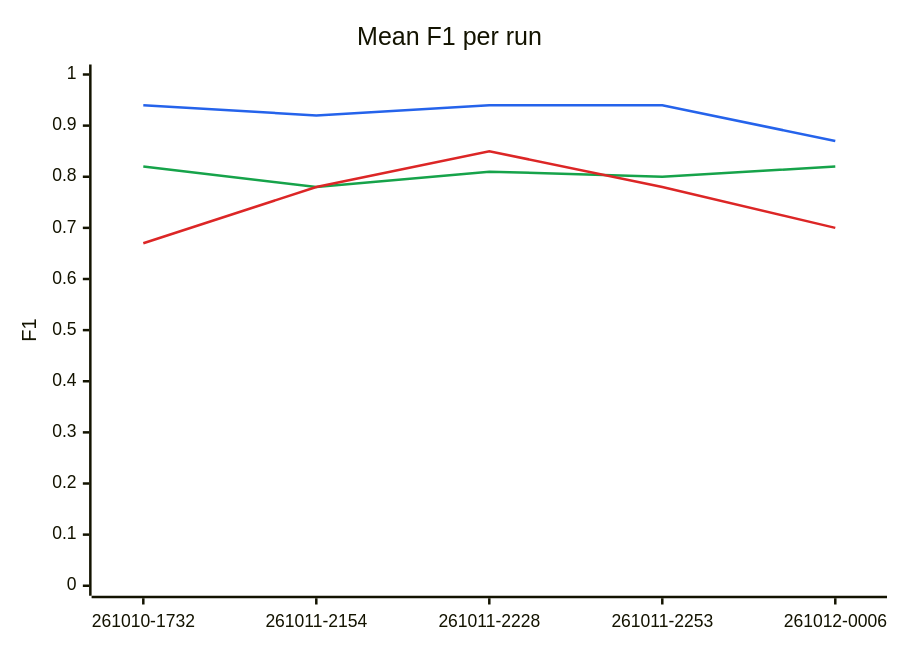
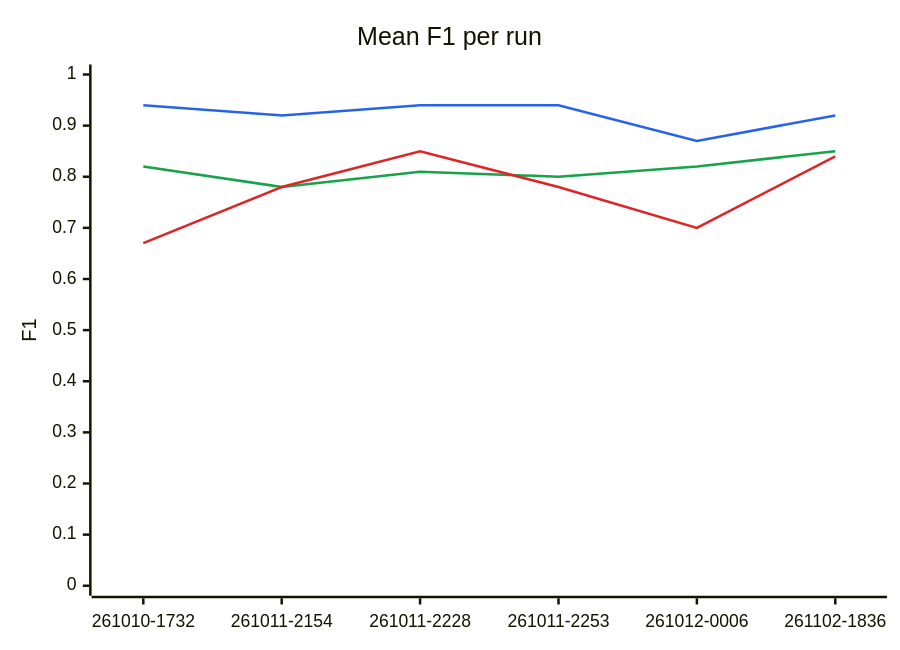
Before and after one commit to megagonlabs/blue-data-kb-source: the first of 2 diagrams in lib/tests/benchmarks/extraction/results/README.md, drawn with Mermaid. The commit also changed other lines of this file and 1 other file, not shown here.

````diff
--- a/lib/tests/benchmarks/extraction/results/README.md
+++ b/lib/tests/benchmarks/extraction/results/README.md
@@ -24,10 +24,10 @@
 ```mermaid
 %%{init: {"themeVariables": {"xyChart": {"plotColorPalette": "#2563eb, #16a34a, #dc2626"}}}}%%
 xychart-beta
     title "Mean F1 per run"
-    x-axis ["261010-1732", "261011-2154", "261011-2228", "261011-2253", "261012-0006"]
+    x-axis ["261010-1732", "261011-2154", "261011-2228", "261011-2253", "261012-0006", "261102-1836"]
     y-axis "F1" 0 --> 1
-    line [0.94, 0.92, 0.94, 0.94, 0.87]
-    line [0.82, 0.78, 0.81, 0.80, 0.82]
-    line [0.67, 0.78, 0.85, 0.78, 0.70]
+    line [0.94, 0.92, 0.94, 0.94, 0.87, 0.92]
+    line [0.82, 0.78, 0.81, 0.80, 0.82, 0.85]
+    line [0.67, 0.78, 0.85, 0.78, 0.70, 0.84]
 ```
````
